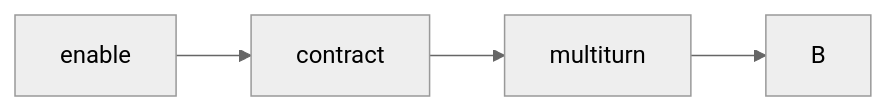
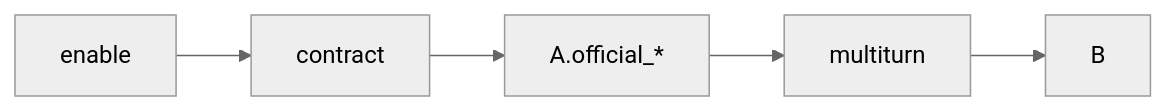
Before and after one commit to eric4057/model-chat-completions-params: the diagram in ARCHITECTURE.md, drawn with Mermaid (neutral theme). The commit also changed other lines of this file and 2 other files, not shown here.

````diff
--- a/ARCHITECTURE.md
+++ b/ARCHITECTURE.md
@@ -74,4 +74,4 @@
 ```mermaid
 flowchart LR
-  enable --> contract --> multiturn --> B
+  enable --> contract --> official_ex[A.official_*] --> multiturn --> B
 ```
````
